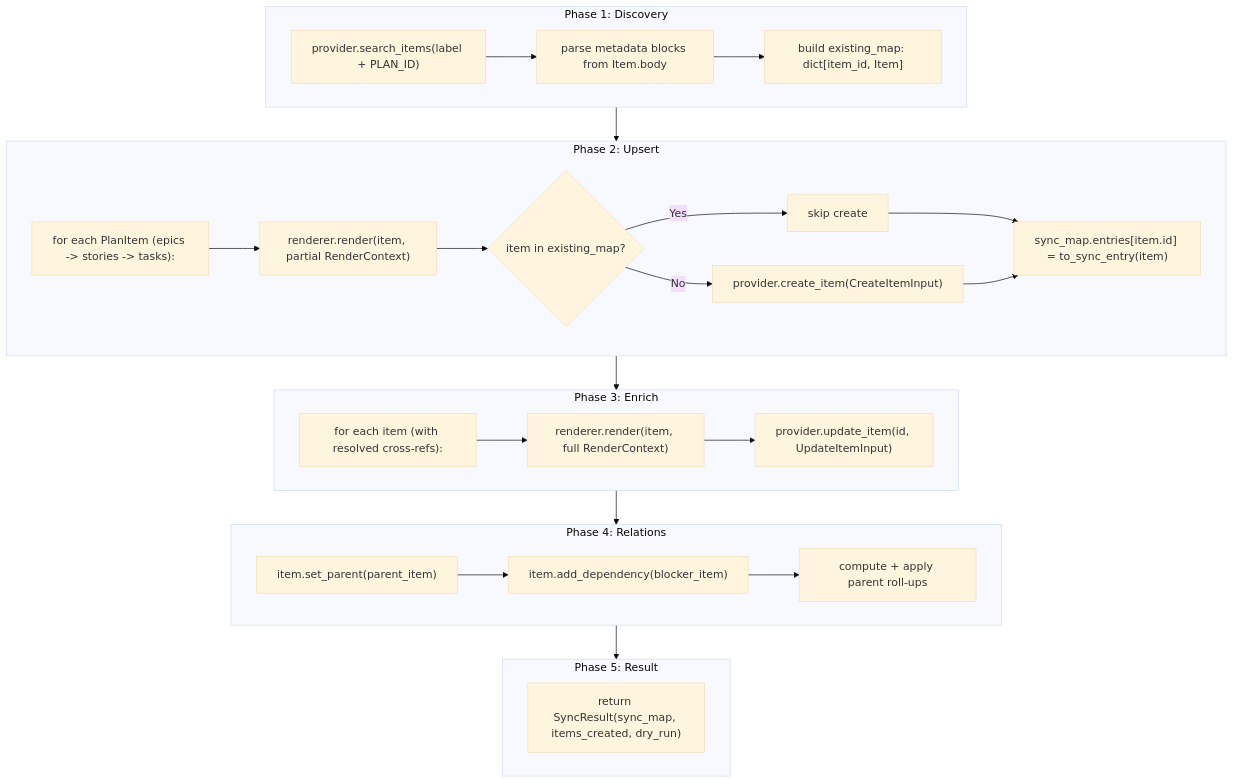
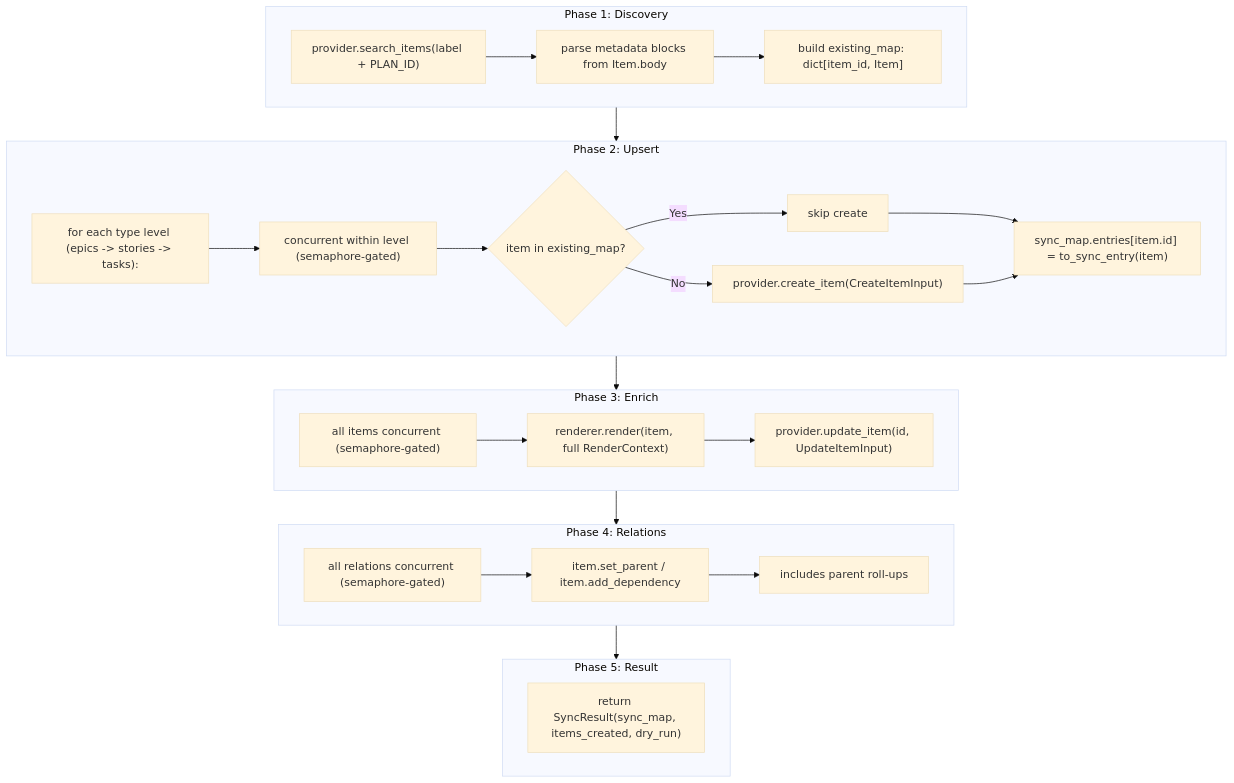
One commit to aryeko/planpilot changed the first of 2 diagrams in docs/v2/design/engine.md. Above: the diagram before and after it, drawn with Mermaid (base theme). The commit also changed other lines of this file and 5 other files, not shown here.

````diff
--- a/docs/v2/design/engine.md
+++ b/docs/v2/design/engine.md
@@ -27,41 +44,41 @@
 ```mermaid
 flowchart TB
     subgraph Discovery["Phase 1: Discovery"]
         D1["provider.search_items(label + PLAN_ID)"]
         D2["parse metadata blocks from Item.body"]
         D3["build existing_map: dict[item_id, Item]"]
         D1 --> D2 --> D3
     end
 
     subgraph Upsert["Phase 2: Upsert"]
-        U1["for each PlanItem (epics -> stories -> tasks):"]
-        U2["renderer.render(item, partial RenderContext)"]
+        U1["for each type level (epics -> stories -> tasks):"]
+        U2["concurrent within level (semaphore-gated)"]
         U3{"item in existing_map?"}
         U4["skip create"]
         U5["provider.create_item(CreateItemInput)"]
         U6["sync_map.entries[item.id] = to_sync_entry(item)"]
         U1 --> U2 --> U3
         U3 -- Yes --> U4 --> U6
         U3 -- No --> U5 --> U6
     end
 
     subgraph Enrich["Phase 3: Enrich"]
-        E1["for each item (with resolved cross-refs):"]
+        E1["all items concurrent (semaphore-gated)"]
         E2["renderer.render(item, full RenderContext)"]
         E3["provider.update_item(id, UpdateItemInput)"]
         E1 --> E2 --> E3
     end
 
     subgraph Relations["Phase 4: Relations"]
-        R1["item.set_parent(parent_item)"]
-        R2["item.add_dependency(blocker_item)"]
-        R3["compute + apply parent roll-ups"]
+        R1["all relations concurrent (semaphore-gated)"]
+        R2["item.set_parent / item.add_dependency"]
+        R3["includes parent roll-ups"]
         R1 --> R2 --> R3
     end
 
     subgraph Result["Phase 5: Result"]
         RT["return SyncResult(sync_map, items_created, dry_run)"]
     end
 
     Discovery --> Upsert --> Enrich --> Relations --> Result
 ```
````
